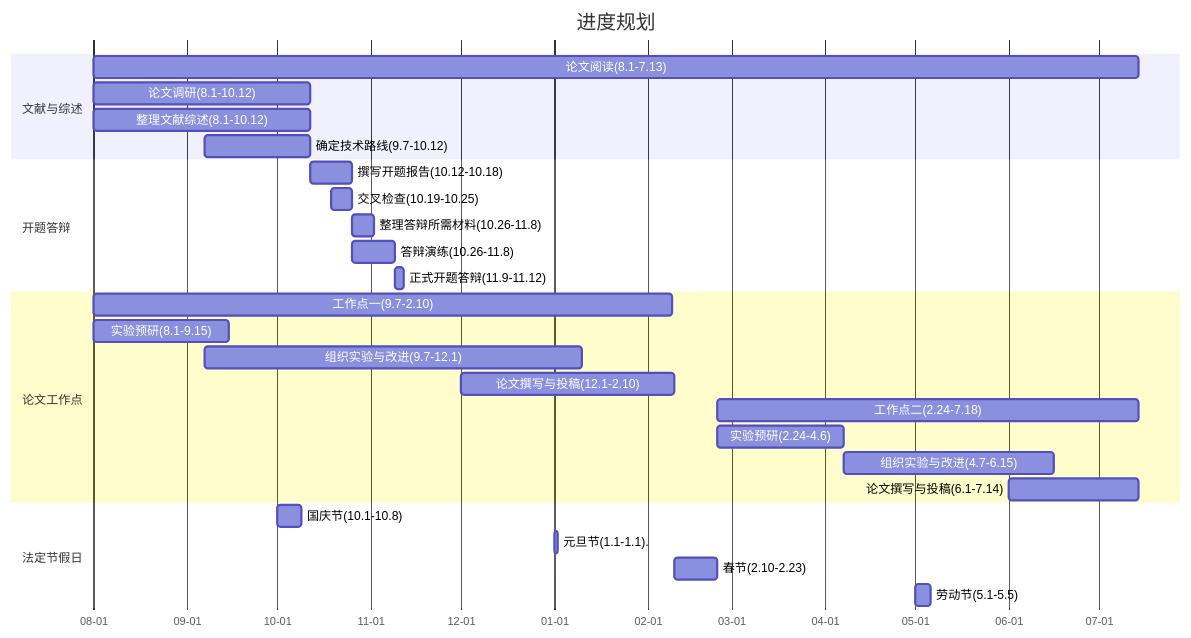
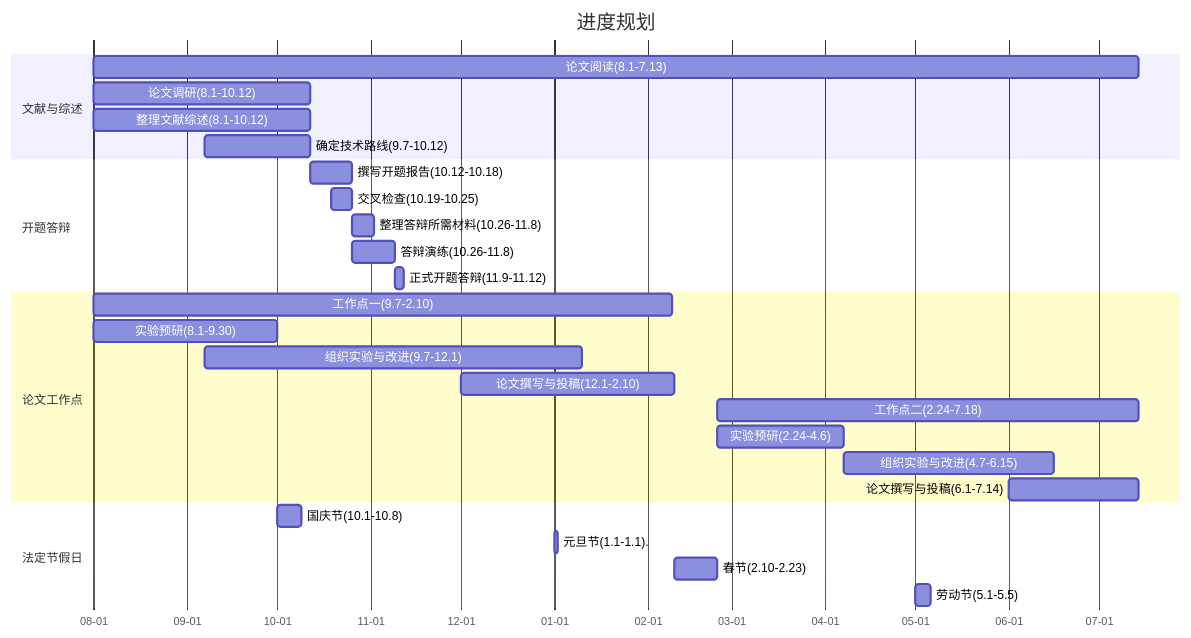
One commit to mejistus/iodraw-files changed the diagram in all/未命名-3.md. Above: the diagram before and after it, drawn with Mermaid.

Commit message:
2025-07-27 12:01:34 update

````diff
--- a/all/未命名-3.md
+++ b/all/未命名-3.md
@@ -1,43 +1,43 @@
 ```mermaid
 gantt
     title 进度规划
     dateFormat  YYYY-MM-DD
     axisFormat  %m-%d
 
 
     section 文献与综述
     论文阅读(8.1-7.13)         :t1, 2025-08-01, 2026-07-14
     论文调研(8.1-10.12)            :t2, 2025-08-01, 2025-10-12
     整理文献综述(8.1-10.12)          :t3, 2025-08-01, 2025-10-12
     确定技术路线(9.7-10.12)         :t3, 2025-09-07, 2025-10-12
  
 
     section 开题答辩
     撰写开题报告(10.12-10.18)          :k1, 2025-10-12, 2w
     交叉检查(10.19-10.25)             :k2, 2025-10-19, 1w
     整理答辩所需材料(10.26-11.8)       :k3, after k2, 1w
     答辩演练(10.26-11.8)              :k3, after k2, 2w
     正式开题答辩(11.9-11.12)           :k3, 2025-11-09, 3d
 
     section 论文工作点
    
     工作点一(9.7-2.10)        :w11, 2025-08-01, 2026-02-09
-    实验预研(8.1-9.15):w110,2025-08-01,2025-09-15
+    实验预研(8.1-9.30):w110,2025-08-01,2025-10-01
     组织实验与改进(9.7-12.1):w111,2025-09-07,2026-01-10
     论文撰写与投稿(12.1-2.10):w112,2025-12-01,2026-02-10
     
     工作点二(2.24-7.18)        :w2, 2026-02-24, 20w
     实验预研(2.24-4.6):w20,2026-02-24,6w
     组织实验与改进(4.7-6.15):w21,after w20,10w
     论文撰写与投稿(6.1-7.14):w22,2026-06-01,2026-07-14
 
     section 法定节假日
     国庆节(10.1-10.8)               :holiday, 2025-10-01,8d
     元旦节(1.1-1.1).                :holiday, 2026-01-01,1d
     春节(2.10-2.23)              :holiday, 2026-02-10, 2w
     劳动节(5.1-5.5)                  :holiday, 2026-05-01,5d
 
 
 
 
 ```
````
